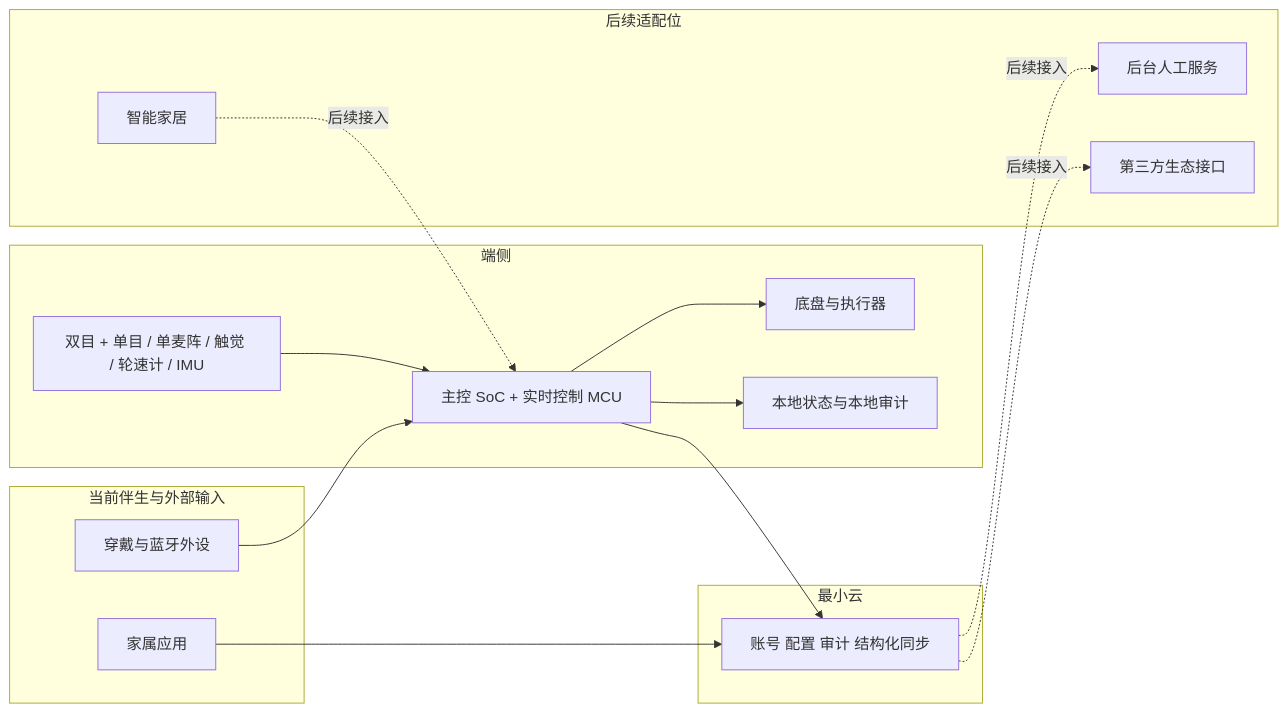
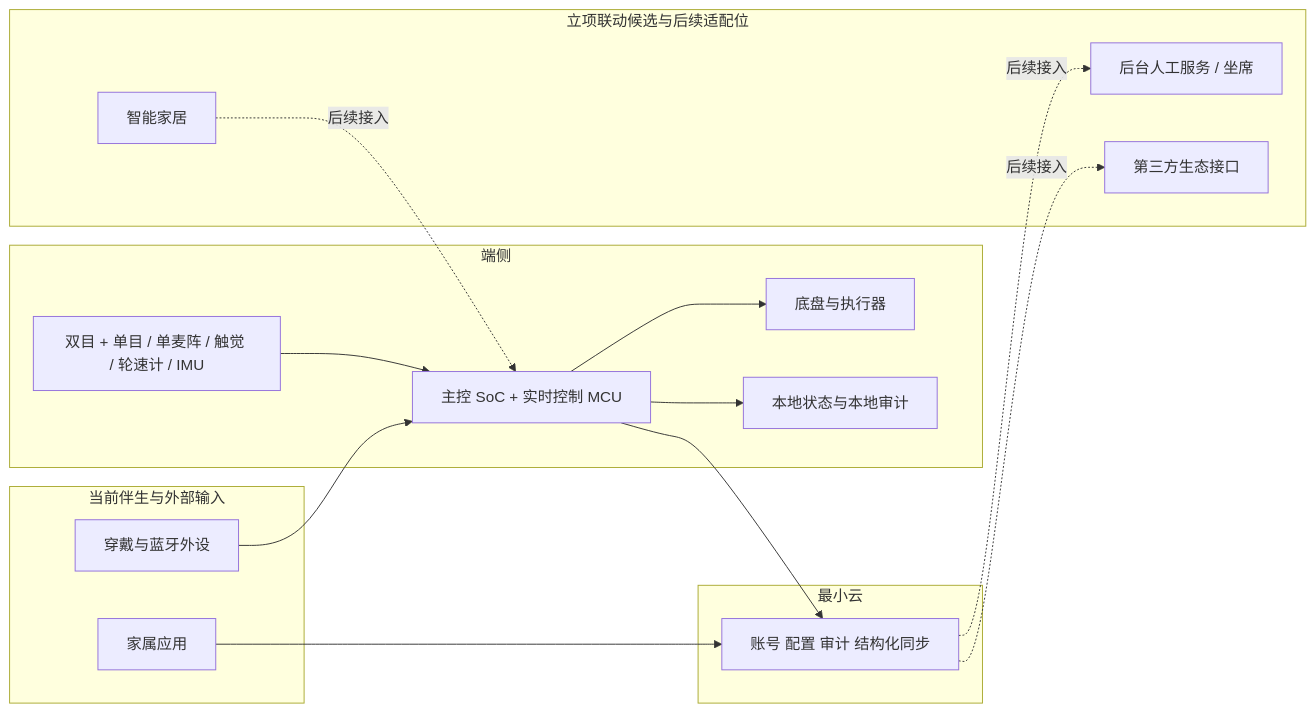
Before and after one commit to hlm12348765/Kinbot_OODA: the fourth of 4 diagrams in docs/02_p1_architecture/01_overall_architecture.md, drawn with Mermaid. The commit also changed other lines of this file and 29 other files, not shown here.

````diff
--- a/docs/02_p1_architecture/01_overall_architecture.md
+++ b/docs/02_p1_architecture/01_overall_architecture.md
@@ -253,33 +255,33 @@
 ```mermaid
 flowchart LR
     subgraph EDGE[端侧]
         E1[主控 SoC + 实时控制 MCU]
         E2[底盘与执行器]
         E3[双目 + 单目 / 单麦阵 / 触觉 / 轮速计 / IMU]
         E4[本地状态与本地审计]
     end
 
     subgraph COMP[当前伴生与外部输入]
         C1[穿戴与蓝牙外设]
         C2[家属应用]
     end
 
     subgraph CLOUD[最小云]
         C4[账号 配置 审计 结构化同步]
     end
 
-    subgraph ADAPT2[后续适配位]
+    subgraph ADAPT2[立项联动候选与后续适配位]
         C5[智能家居]
-        C6[后台人工服务]
+        C6[后台人工服务 / 坐席]
         C7[第三方生态接口]
     end
 
     E3 --> E1 --> E2
     E1 --> E4
     C1 --> E1
     E1 --> C4
     C2 --> C4
     C5 -.后续接入.-> E1
     C4 -.后续接入.-> C6
     C4 -.后续接入.-> C7
 ```
````
